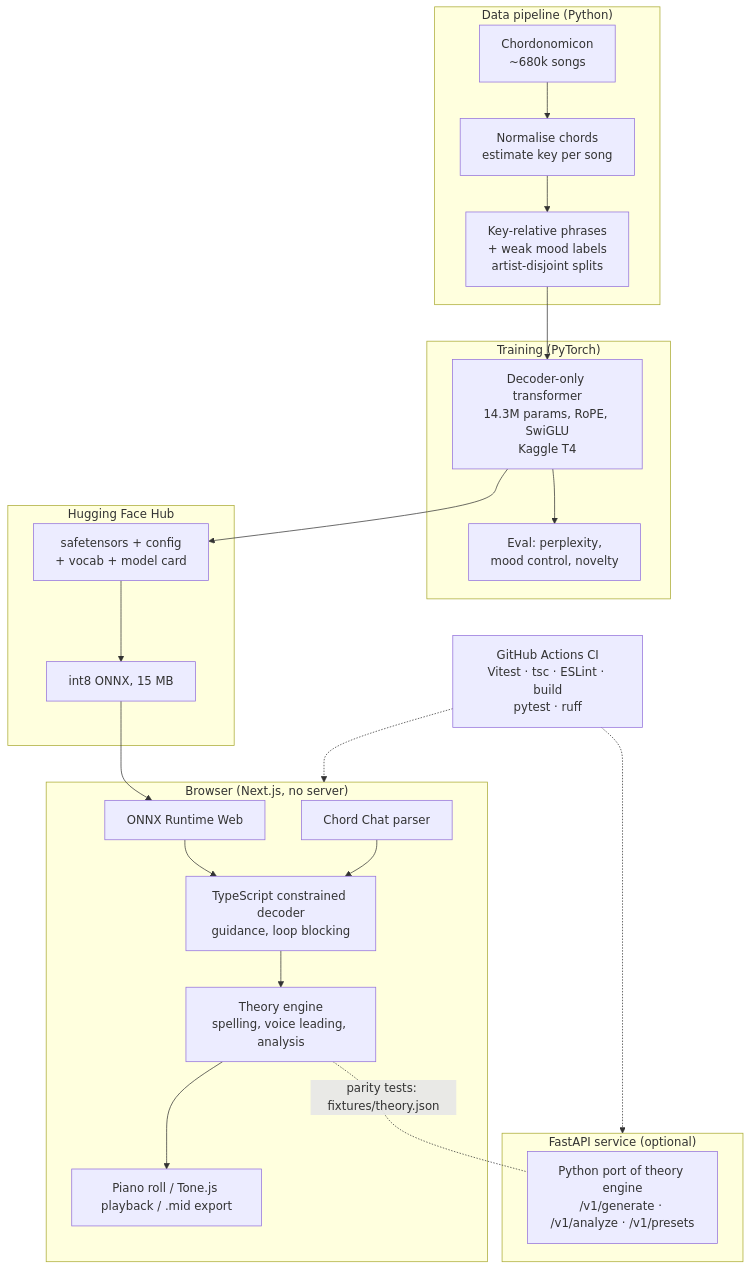
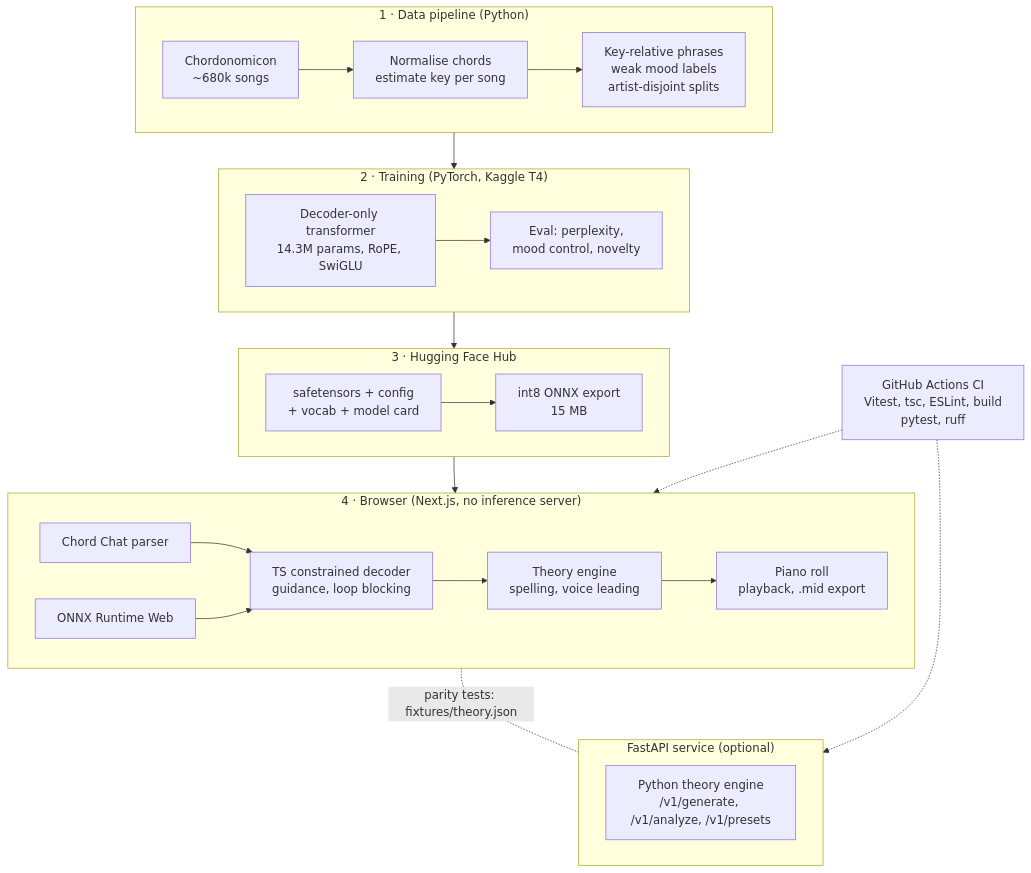
The diagram in README.md (ckeen302/ChordCraft), drawn with Mermaid before and after one commit.

Commit message:
Group the architecture diagram into stacked stages

````diff
--- a/README.md
+++ b/README.md
@@ -32,28 +32,29 @@
 ```mermaid
 flowchart TB
-    subgraph Data["Data pipeline (Python)"]
-        A[Chordonomicon<br/>~680k songs] --> B[Normalise chords<br/>estimate key per song]
-        B --> C[Key-relative phrases<br/>+ weak mood labels<br/>artist-disjoint splits]
+    subgraph Data["1 · Data pipeline (Python)"]
+        direction LR
+        A[Chordonomicon<br/>~680k songs] --> B[Normalise chords<br/>estimate key per song] --> C[Key-relative phrases<br/>weak mood labels<br/>artist-disjoint splits]
     end
-    subgraph Train["Training (PyTorch)"]
-        C --> D[Decoder-only transformer<br/>14.3M params, RoPE, SwiGLU<br/>Kaggle T4]
-        D --> E[Eval: perplexity,<br/>mood control, novelty]
+    subgraph Train["2 · Training (PyTorch, Kaggle T4)"]
+        direction LR
+        D[Decoder-only transformer<br/>14.3M params, RoPE, SwiGLU] --> E[Eval: perplexity,<br/>mood control, novelty]
     end
-    subgraph Hub["Hugging Face Hub"]
-        D --> F[safetensors + config<br/>+ vocab + model card]
-        F --> G[int8 ONNX, 15 MB]
+    subgraph Hub["3 · Hugging Face Hub"]
+        direction LR
+        F[safetensors + config<br/>+ vocab + model card] --> G[int8 ONNX export<br/>15 MB]
     end
-    subgraph Browser["Browser (Next.js, no server)"]
-        G --> H[ONNX Runtime Web]
-        H --> I[TypeScript constrained decoder<br/>guidance, loop blocking]
+    subgraph Browser["4 · Browser (Next.js, no inference server)"]
+        direction LR
         J[Chord Chat parser] --> I
-        I --> K[Theory engine<br/>spelling, voice leading, analysis]
-        K --> L[Piano roll / Tone.js playback / .mid export]
+        H[ONNX Runtime Web] --> I[TS constrained decoder<br/>guidance, loop blocking] --> K[Theory engine<br/>spelling, voice leading] --> L[Piano roll<br/>playback, .mid export]
     end
-    subgraph API["FastAPI service (optional)"]
-        M[Python port of theory engine<br/>/v1/generate · /v1/analyze · /v1/presets]
+    subgraph Server["FastAPI service (optional)"]
+        direction LR
+        M[Python theory engine<br/>/v1/generate, /v1/analyze, /v1/presets]
     end
-    K -.-|"parity tests: fixtures/theory.json"| M
-    N[GitHub Actions CI<br/>Vitest · tsc · ESLint · build<br/>pytest · ruff] -.-> Browser
-    N -.-> API
+    CI[GitHub Actions CI<br/>Vitest, tsc, ESLint, build<br/>pytest, ruff]
+    Data --> Train --> Hub --> Browser
+    Browser -.-|"parity tests: fixtures/theory.json"| Server
+    CI -.-> Browser
+    CI -.-> Server
 ```
````
